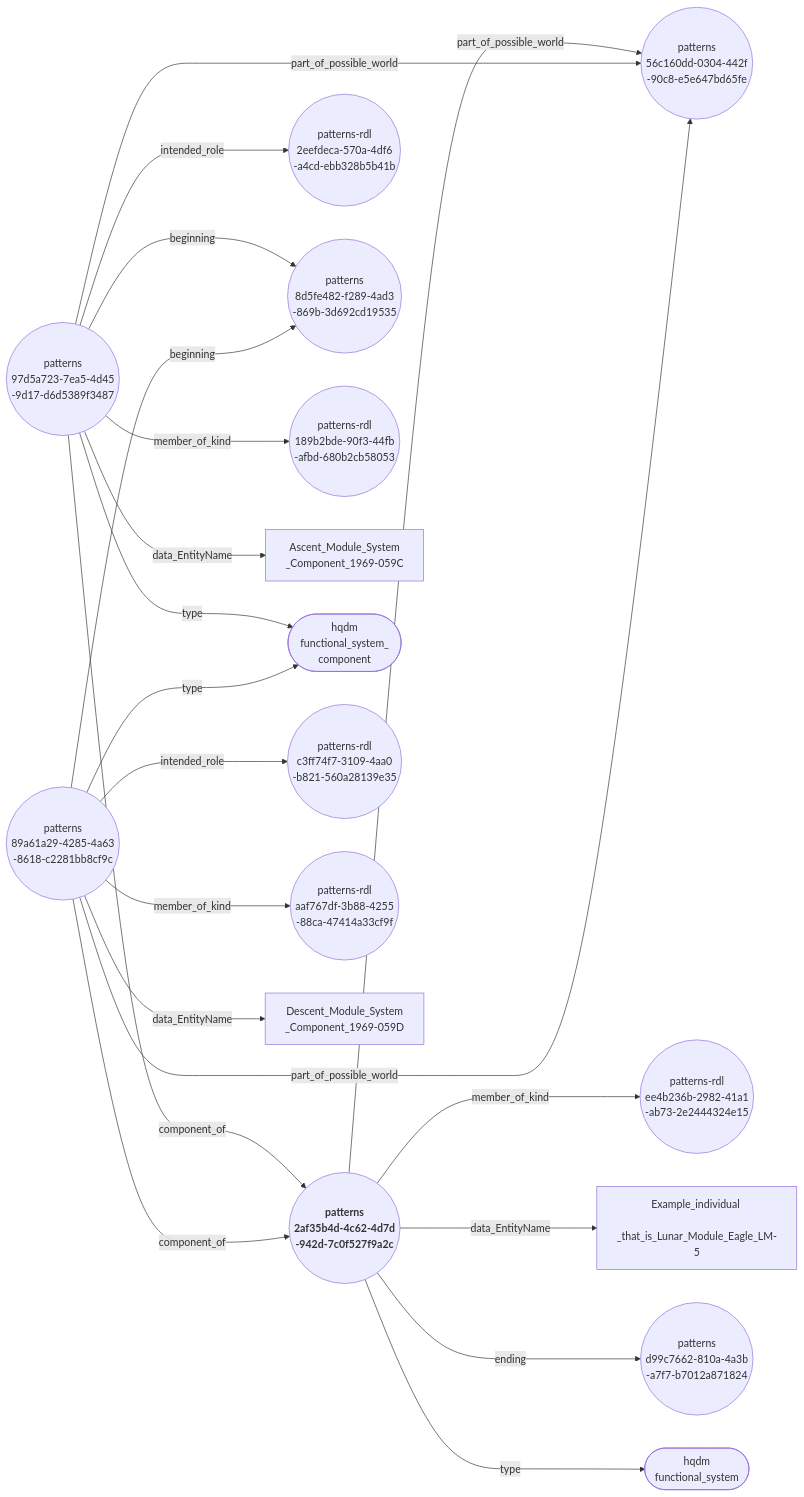
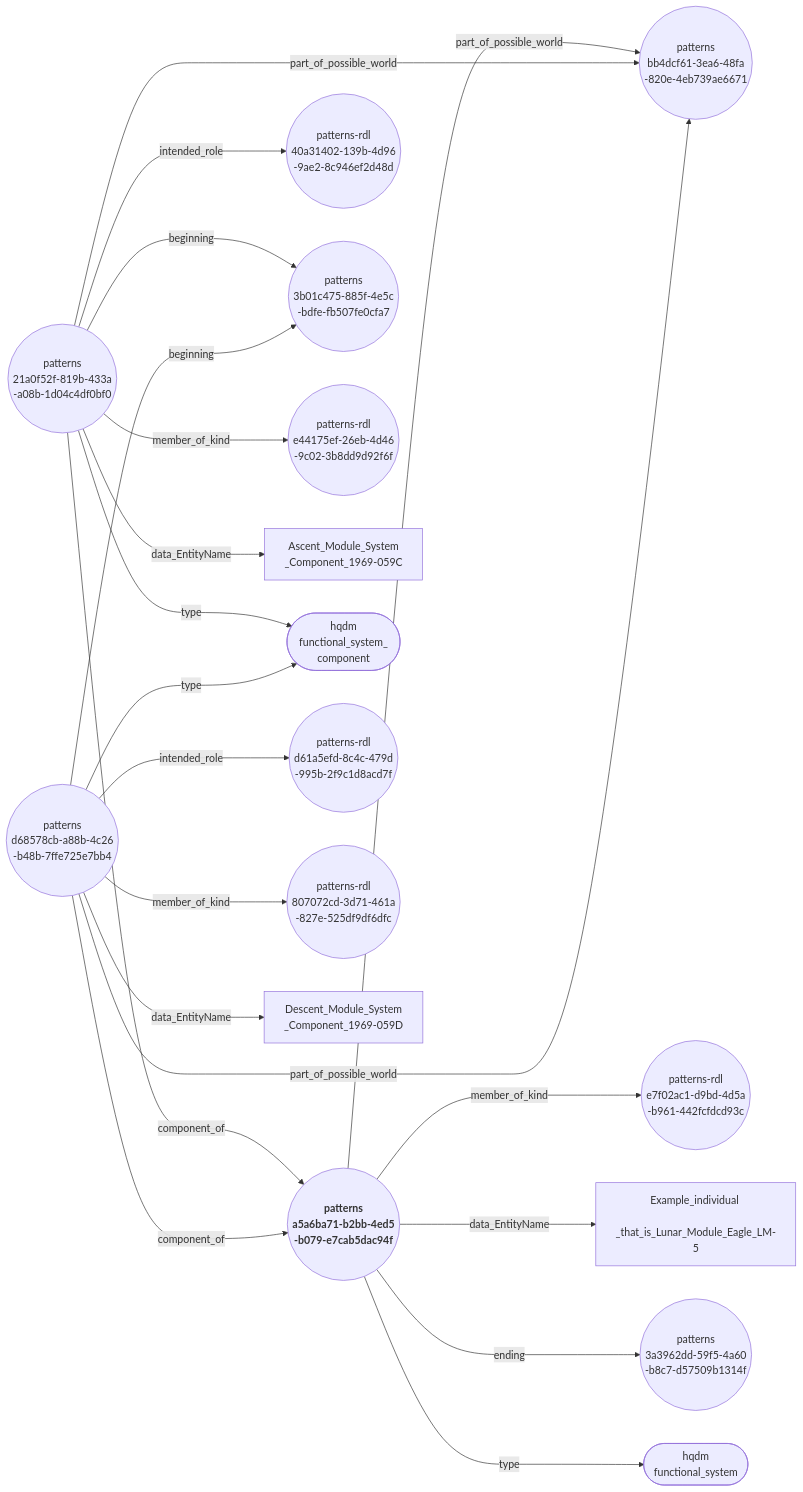
The diagram in docs/extras/example-files/systemAndComponentEagleExampleNodeEdgeGraph.mermaid (ClimbingAl/HqdmPatterns), drawn with Mermaid before and after one commit. The commit also changed 56 other files, not shown here.

Commit message:
system and system component example added

````diff
--- a/docs/extras/example-files/systemAndComponentEagleExampleNodeEdgeGraph.mermaid
+++ b/docs/extras/example-files/systemAndComponentEagleExampleNodeEdgeGraph.mermaid
@@ -1,22 +1,22 @@
 ``` mermaid
 graph LR
-  2af35b4d-4c62-4d7d-942d-7c0f527f9a2c(("<b> patterns <br> 2af35b4d-4c62-4d7d <br> -942d-7c0f527f9a2c"))--->|"member_of_kind"|ee4b236b-2982-41a1-ab73-2e2444324e15(("patterns-rdl <br> ee4b236b-2982-41a1 <br> -ab73-2e2444324e15"));
-  2af35b4d-4c62-4d7d-942d-7c0f527f9a2c(("<b> patterns <br> 2af35b4d-4c62-4d7d <br> -942d-7c0f527f9a2c"))--->|"part_of_possible_world"|56c160dd-0304-442f-90c8-e5e647bd65fe(("patterns <br> 56c160dd-0304-442f <br> -90c8-e5e647bd65fe"));
-  2af35b4d-4c62-4d7d-942d-7c0f527f9a2c(("<b> patterns <br> 2af35b4d-4c62-4d7d <br> -942d-7c0f527f9a2c"))--->|"data_EntityName"|Example_individual_that_is_Lunar_Module_Eagle_LM-5["Example_individual <br> _that_is_Lunar_Module_Eagle_LM-5"];
-  2af35b4d-4c62-4d7d-942d-7c0f527f9a2c(("<b> patterns <br> 2af35b4d-4c62-4d7d <br> -942d-7c0f527f9a2c"))--->|"ending"|d99c7662-810a-4a3b-a7f7-b7012a871824(("patterns <br> d99c7662-810a-4a3b <br> -a7f7-b7012a871824"));
-  2af35b4d-4c62-4d7d-942d-7c0f527f9a2c(("<b> patterns <br> 2af35b4d-4c62-4d7d <br> -942d-7c0f527f9a2c"))--->|"type"|functional_system(["hqdm <br> functional_system"]);
-  97d5a723-7ea5-4d45-9d17-d6d5389f3487(("patterns <br> 97d5a723-7ea5-4d45 <br> -9d17-d6d5389f3487"))--->|"intended_role"|2eefdeca-570a-4df6-a4cd-ebb328b5b41b(("patterns-rdl <br> 2eefdeca-570a-4df6 <br> -a4cd-ebb328b5b41b"));
-  97d5a723-7ea5-4d45-9d17-d6d5389f3487(("patterns <br> 97d5a723-7ea5-4d45 <br> -9d17-d6d5389f3487"))--->|"beginning"|8d5fe482-f289-4ad3-869b-3d692cd19535(("patterns <br> 8d5fe482-f289-4ad3 <br> -869b-3d692cd19535"));
-  97d5a723-7ea5-4d45-9d17-d6d5389f3487(("patterns <br> 97d5a723-7ea5-4d45 <br> -9d17-d6d5389f3487"))--->|"member_of_kind"|189b2bde-90f3-44fb-afbd-680b2cb58053(("patterns-rdl <br> 189b2bde-90f3-44fb <br> -afbd-680b2cb58053"));
-  97d5a723-7ea5-4d45-9d17-d6d5389f3487(("patterns <br> 97d5a723-7ea5-4d45 <br> -9d17-d6d5389f3487"))--->|"part_of_possible_world"|56c160dd-0304-442f-90c8-e5e647bd65fe(("patterns <br> 56c160dd-0304-442f <br> -90c8-e5e647bd65fe"));
-  97d5a723-7ea5-4d45-9d17-d6d5389f3487(("patterns <br> 97d5a723-7ea5-4d45 <br> -9d17-d6d5389f3487"))--->|"component_of"|2af35b4d-4c62-4d7d-942d-7c0f527f9a2c(("<b> patterns <br> 2af35b4d-4c62-4d7d <br> -942d-7c0f527f9a2c"));
-  97d5a723-7ea5-4d45-9d17-d6d5389f3487(("patterns <br> 97d5a723-7ea5-4d45 <br> -9d17-d6d5389f3487"))--->|"data_EntityName"|Ascent_Module_System_Component_1969-059C["Ascent_Module_System <br> _Component_1969-059C"];
-  97d5a723-7ea5-4d45-9d17-d6d5389f3487(("patterns <br> 97d5a723-7ea5-4d45 <br> -9d17-d6d5389f3487"))--->|"type"|functional_system_component(["hqdm <br> functional_system_ <br> component"]);
-  89a61a29-4285-4a63-8618-c2281bb8cf9c(("patterns <br> 89a61a29-4285-4a63 <br> -8618-c2281bb8cf9c"))--->|"intended_role"|c3ff74f7-3109-4aa0-b821-560a28139e35(("patterns-rdl <br> c3ff74f7-3109-4aa0 <br> -b821-560a28139e35"));
-  89a61a29-4285-4a63-8618-c2281bb8cf9c(("patterns <br> 89a61a29-4285-4a63 <br> -8618-c2281bb8cf9c"))--->|"beginning"|8d5fe482-f289-4ad3-869b-3d692cd19535(("patterns <br> 8d5fe482-f289-4ad3 <br> -869b-3d692cd19535"));
-  89a61a29-4285-4a63-8618-c2281bb8cf9c(("patterns <br> 89a61a29-4285-4a63 <br> -8618-c2281bb8cf9c"))--->|"member_of_kind"|aaf767df-3b88-4255-88ca-47414a33cf9f(("patterns-rdl <br> aaf767df-3b88-4255 <br> -88ca-47414a33cf9f"));
-  89a61a29-4285-4a63-8618-c2281bb8cf9c(("patterns <br> 89a61a29-4285-4a63 <br> -8618-c2281bb8cf9c"))--->|"part_of_possible_world"|56c160dd-0304-442f-90c8-e5e647bd65fe(("patterns <br> 56c160dd-0304-442f <br> -90c8-e5e647bd65fe"));
-  89a61a29-4285-4a63-8618-c2281bb8cf9c(("patterns <br> 89a61a29-4285-4a63 <br> -8618-c2281bb8cf9c"))--->|"component_of"|2af35b4d-4c62-4d7d-942d-7c0f527f9a2c(("<b> patterns <br> 2af35b4d-4c62-4d7d <br> -942d-7c0f527f9a2c"));
-  89a61a29-4285-4a63-8618-c2281bb8cf9c(("patterns <br> 89a61a29-4285-4a63 <br> -8618-c2281bb8cf9c"))--->|"data_EntityName"|Descent_Module_System_Component_1969-059D["Descent_Module_System <br> _Component_1969-059D"];
-  89a61a29-4285-4a63-8618-c2281bb8cf9c(("patterns <br> 89a61a29-4285-4a63 <br> -8618-c2281bb8cf9c"))--->|"type"|functional_system_component(["hqdm <br> functional_system_ <br> component"]);
+  a5a6ba71-b2bb-4ed5-b079-e7cab5dac94f(("<b> patterns <br> a5a6ba71-b2bb-4ed5 <br> -b079-e7cab5dac94f"))--->|"member_of_kind"|e7f02ac1-d9bd-4d5a-b961-442fcfdcd93c(("patterns-rdl <br> e7f02ac1-d9bd-4d5a <br> -b961-442fcfdcd93c"));
+  a5a6ba71-b2bb-4ed5-b079-e7cab5dac94f(("<b> patterns <br> a5a6ba71-b2bb-4ed5 <br> -b079-e7cab5dac94f"))--->|"part_of_possible_world"|bb4dcf61-3ea6-48fa-820e-4eb739ae6671(("patterns <br> bb4dcf61-3ea6-48fa <br> -820e-4eb739ae6671"));
+  a5a6ba71-b2bb-4ed5-b079-e7cab5dac94f(("<b> patterns <br> a5a6ba71-b2bb-4ed5 <br> -b079-e7cab5dac94f"))--->|"data_EntityName"|Example_individual_that_is_Lunar_Module_Eagle_LM-5["Example_individual <br> _that_is_Lunar_Module_Eagle_LM-5"];
+  a5a6ba71-b2bb-4ed5-b079-e7cab5dac94f(("<b> patterns <br> a5a6ba71-b2bb-4ed5 <br> -b079-e7cab5dac94f"))--->|"ending"|3a3962dd-59f5-4a60-b8c7-d57509b1314f(("patterns <br> 3a3962dd-59f5-4a60 <br> -b8c7-d57509b1314f"));
+  a5a6ba71-b2bb-4ed5-b079-e7cab5dac94f(("<b> patterns <br> a5a6ba71-b2bb-4ed5 <br> -b079-e7cab5dac94f"))--->|"type"|functional_system(["hqdm <br> functional_system"]);
+  21a0f52f-819b-433a-a08b-1d04c4df0bf0(("patterns <br> 21a0f52f-819b-433a <br> -a08b-1d04c4df0bf0"))--->|"intended_role"|40a31402-139b-4d96-9ae2-8c946ef2d48d(("patterns-rdl <br> 40a31402-139b-4d96 <br> -9ae2-8c946ef2d48d"));
+  21a0f52f-819b-433a-a08b-1d04c4df0bf0(("patterns <br> 21a0f52f-819b-433a <br> -a08b-1d04c4df0bf0"))--->|"beginning"|3b01c475-885f-4e5c-bdfe-fb507fe0cfa7(("patterns <br> 3b01c475-885f-4e5c <br> -bdfe-fb507fe0cfa7"));
+  21a0f52f-819b-433a-a08b-1d04c4df0bf0(("patterns <br> 21a0f52f-819b-433a <br> -a08b-1d04c4df0bf0"))--->|"member_of_kind"|e44175ef-26eb-4d46-9c02-3b8dd9d92f6f(("patterns-rdl <br> e44175ef-26eb-4d46 <br> -9c02-3b8dd9d92f6f"));
+  21a0f52f-819b-433a-a08b-1d04c4df0bf0(("patterns <br> 21a0f52f-819b-433a <br> -a08b-1d04c4df0bf0"))--->|"part_of_possible_world"|bb4dcf61-3ea6-48fa-820e-4eb739ae6671(("patterns <br> bb4dcf61-3ea6-48fa <br> -820e-4eb739ae6671"));
+  21a0f52f-819b-433a-a08b-1d04c4df0bf0(("patterns <br> 21a0f52f-819b-433a <br> -a08b-1d04c4df0bf0"))--->|"component_of"|a5a6ba71-b2bb-4ed5-b079-e7cab5dac94f(("<b> patterns <br> a5a6ba71-b2bb-4ed5 <br> -b079-e7cab5dac94f"));
+  21a0f52f-819b-433a-a08b-1d04c4df0bf0(("patterns <br> 21a0f52f-819b-433a <br> -a08b-1d04c4df0bf0"))--->|"data_EntityName"|Ascent_Module_System_Component_1969-059C["Ascent_Module_System <br> _Component_1969-059C"];
+  21a0f52f-819b-433a-a08b-1d04c4df0bf0(("patterns <br> 21a0f52f-819b-433a <br> -a08b-1d04c4df0bf0"))--->|"type"|functional_system_component(["hqdm <br> functional_system_ <br> component"]);
+  d68578cb-a88b-4c26-b48b-7ffe725e7bb4(("patterns <br> d68578cb-a88b-4c26 <br> -b48b-7ffe725e7bb4"))--->|"intended_role"|d61a5efd-8c4c-479d-995b-2f9c1d8acd7f(("patterns-rdl <br> d61a5efd-8c4c-479d <br> -995b-2f9c1d8acd7f"));
+  d68578cb-a88b-4c26-b48b-7ffe725e7bb4(("patterns <br> d68578cb-a88b-4c26 <br> -b48b-7ffe725e7bb4"))--->|"beginning"|3b01c475-885f-4e5c-bdfe-fb507fe0cfa7(("patterns <br> 3b01c475-885f-4e5c <br> -bdfe-fb507fe0cfa7"));
+  d68578cb-a88b-4c26-b48b-7ffe725e7bb4(("patterns <br> d68578cb-a88b-4c26 <br> -b48b-7ffe725e7bb4"))--->|"member_of_kind"|807072cd-3d71-461a-827e-525df9df6dfc(("patterns-rdl <br> 807072cd-3d71-461a <br> -827e-525df9df6dfc"));
+  d68578cb-a88b-4c26-b48b-7ffe725e7bb4(("patterns <br> d68578cb-a88b-4c26 <br> -b48b-7ffe725e7bb4"))--->|"part_of_possible_world"|bb4dcf61-3ea6-48fa-820e-4eb739ae6671(("patterns <br> bb4dcf61-3ea6-48fa <br> -820e-4eb739ae6671"));
+  d68578cb-a88b-4c26-b48b-7ffe725e7bb4(("patterns <br> d68578cb-a88b-4c26 <br> -b48b-7ffe725e7bb4"))--->|"component_of"|a5a6ba71-b2bb-4ed5-b079-e7cab5dac94f(("<b> patterns <br> a5a6ba71-b2bb-4ed5 <br> -b079-e7cab5dac94f"));
+  d68578cb-a88b-4c26-b48b-7ffe725e7bb4(("patterns <br> d68578cb-a88b-4c26 <br> -b48b-7ffe725e7bb4"))--->|"data_EntityName"|Descent_Module_System_Component_1969-059D["Descent_Module_System <br> _Component_1969-059D"];
+  d68578cb-a88b-4c26-b48b-7ffe725e7bb4(("patterns <br> d68578cb-a88b-4c26 <br> -b48b-7ffe725e7bb4"))--->|"type"|functional_system_component(["hqdm <br> functional_system_ <br> component"]);
 ```
````
